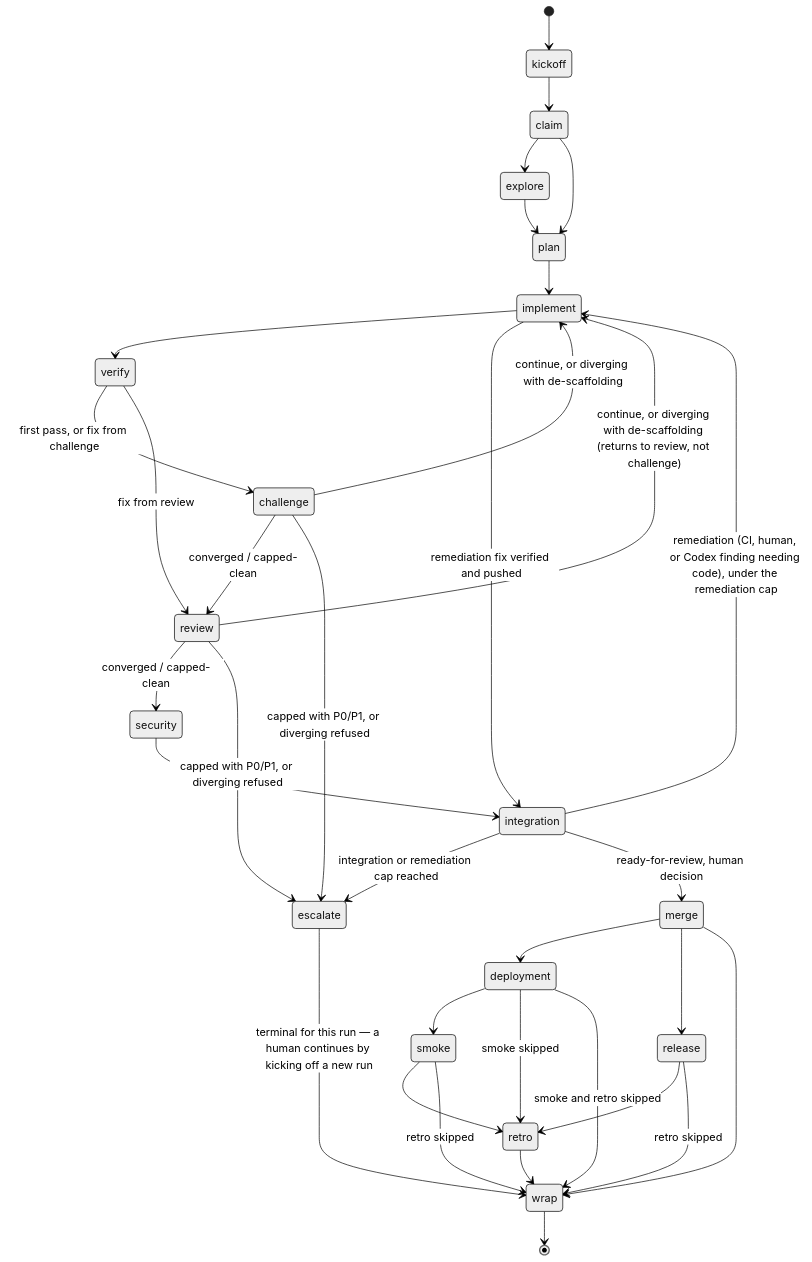
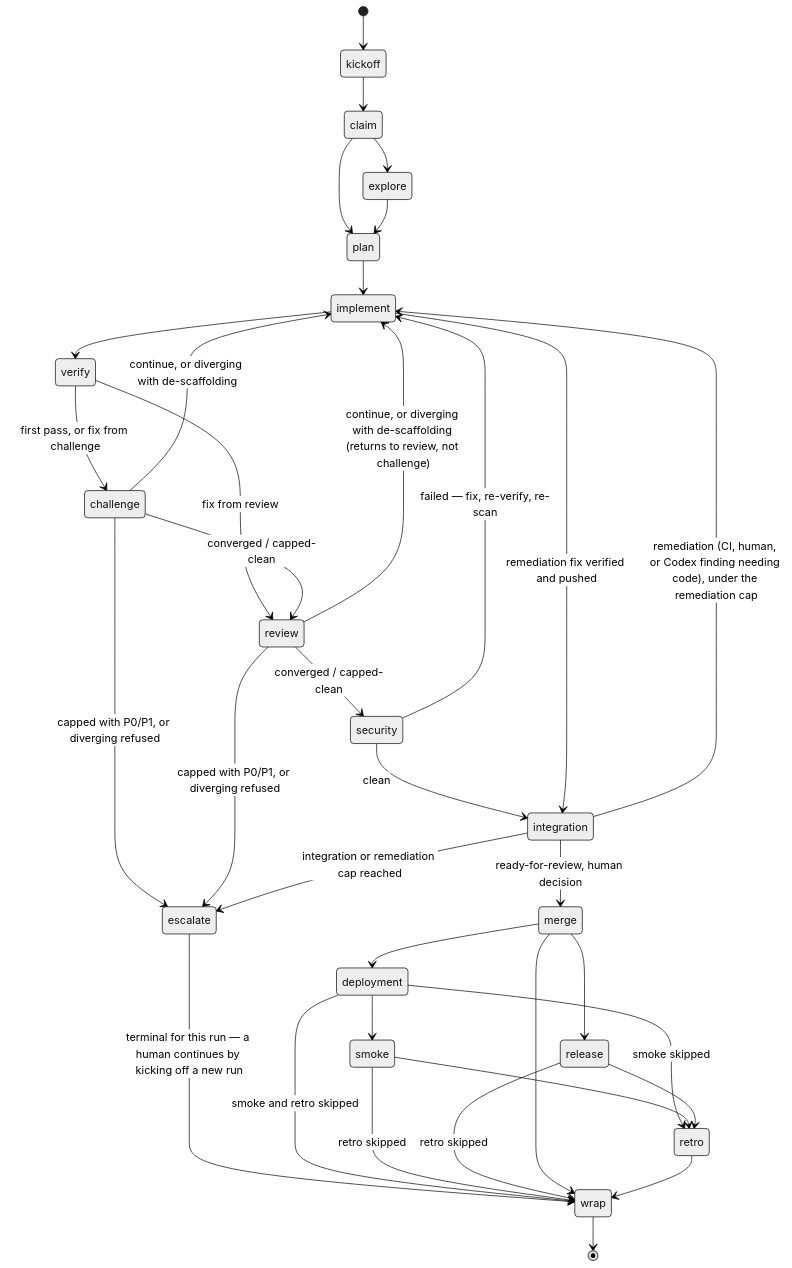
Before and after one commit to evanharmon1/harmon-devkit: the second of 2 diagrams in docs/product/domain.md, drawn with Mermaid (neutral theme). The commit also changed 2 other files, not shown here.

Commit message:
docs(specs): answer the Codex cloud review on Dev flow v2
Integration round 1 adjudicated 6 P1 + 5 P2, all fixed in place: the
zero-cap rule is scoped to the confidence stages with zero defined
separately for the integration caps; finder failure is bounded to one
retry then capped/finder_unavailable; each round's evidence is posted to
the issue as soon as it is adjudicated so a lost worker forfeits at most
the round in flight; the metric is reported over a closed cohort with
stale runs terminalized as abandoned; success requires the
orchestrator's own promotion entry so an unexplained promotion never
counts; receipt validation rejects a result whose run_id is not the
active run; evidence authors are matched by immutable actor id; repeats
count after any code-changing disposition; the orchestrator is the
authorized creator of the draft PR; Foreman accepts capped-clean and
disabled stages; the lifecycle gains a security-failure remediation
path.

Refs #633

Claude-Session: https://claude.ai/code/session_01E7UvZ3SebA3gfYSx1gMHxp

````diff
--- a/docs/product/domain.md
+++ b/docs/product/domain.md
@@ -69,36 +69,37 @@
 ```mermaid
 stateDiagram-v2
     [*] --> kickoff
     kickoff --> claim
     claim --> explore
     claim --> plan
     explore --> plan
     plan --> implement
     implement --> verify
     verify --> challenge : first pass, or fix from challenge
     verify --> review : fix from review
     challenge --> implement : continue, or diverging with de-scaffolding
     challenge --> review : converged / capped-clean
     challenge --> escalate : capped with P0/P1, or diverging refused
     review --> implement : continue, or diverging with de-scaffolding (returns to review, not challenge)
     review --> security : converged / capped-clean
     review --> escalate : capped with P0/P1, or diverging refused
     escalate --> wrap : terminal for this run — a human continues by kicking off a new run
-    security --> integration
+    security --> integration : clean
+    security --> implement : failed — fix, re-verify, re-scan
     integration --> implement : remediation (CI, human, or Codex finding needing code), under the remediation cap
     implement --> integration : remediation fix verified and pushed
     integration --> escalate : integration or remediation cap reached
     integration --> merge : ready-for-review, human decision
     merge --> deployment
     merge --> release
     deployment --> smoke
     deployment --> retro : smoke skipped
     deployment --> wrap : smoke and retro skipped
     smoke --> retro
     smoke --> wrap : retro skipped
     release --> retro
     release --> wrap : retro skipped
     merge --> wrap
     retro --> wrap
     wrap --> [*]
 ```
````
